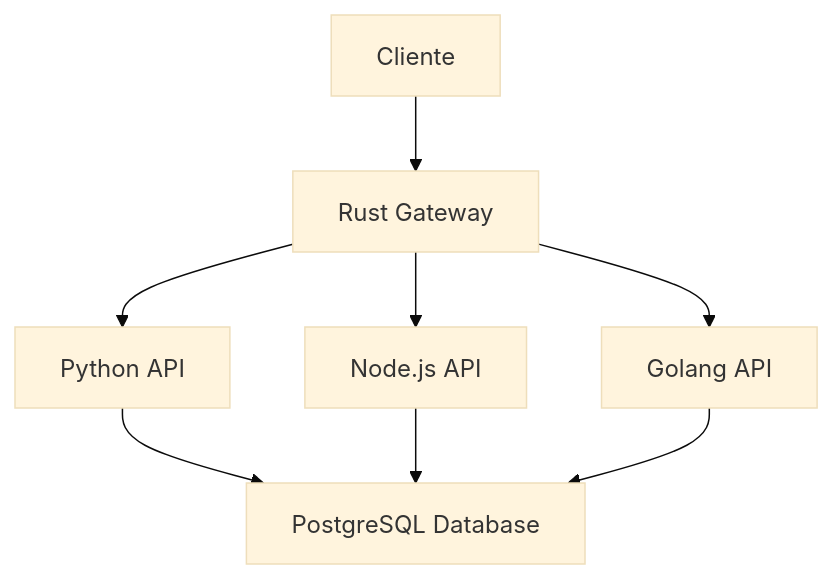
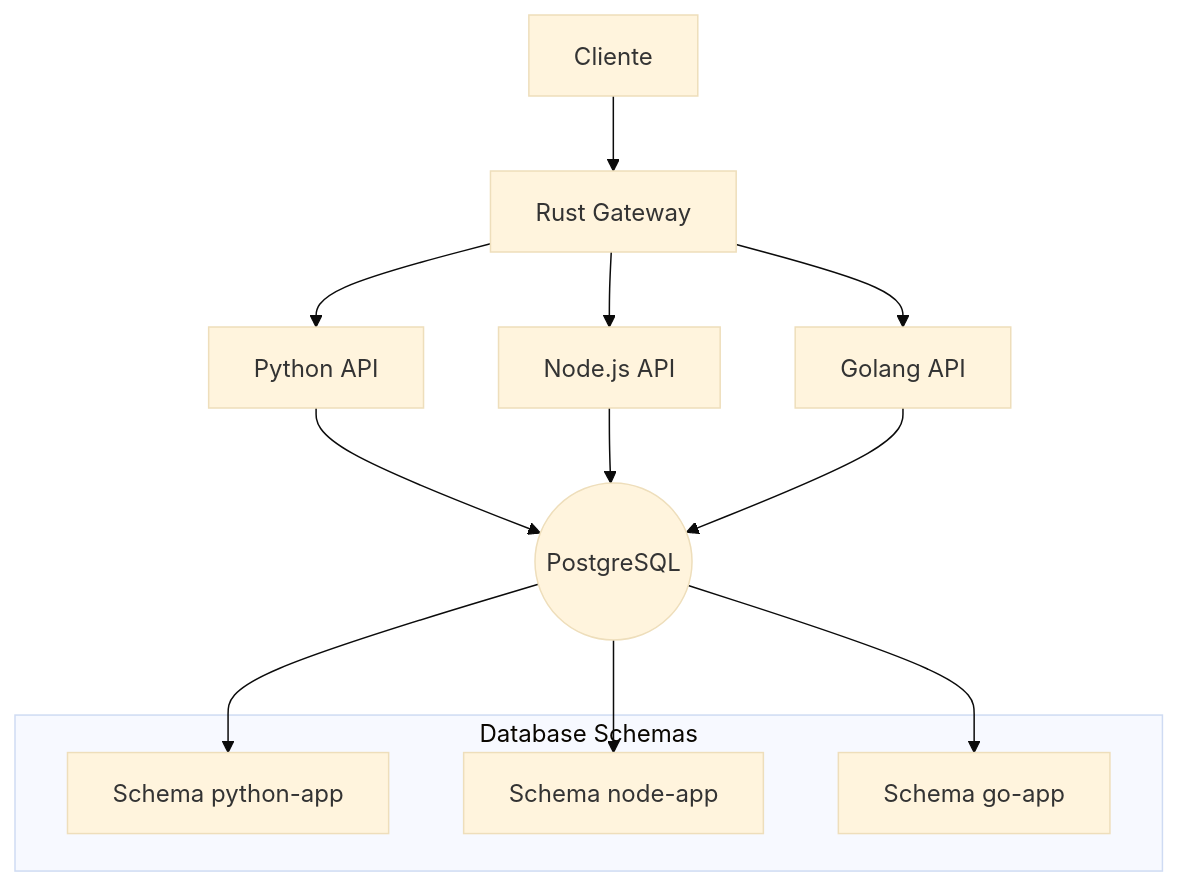
One commit to MrcSanto/multiapi-gateway-demo changed the diagram in README.md. Above: the diagram before and after it, drawn with Mermaid (base theme). The commit also changed 6 other files, not shown here.

Commit message:
feat(schema db): adicionado schema especifico para a api em go -- e para o restante tb

````diff
--- a/README.md
+++ b/README.md
@@ -7,12 +7,22 @@
 ```mermaid
 graph TD
     A[Cliente] --> B[Rust Gateway]
     B --> C[Python API]
-    C --> F[PostgreSQL Database]
+    B --> D[Node.js API]
+    B --> E[Golang API]
 
-    B --> D[Node.js API]
-    D --> F[PostgreSQL Database]
+    C --> F((PostgreSQL))
+    D --> F
+    E --> F
 
-    B --> E[Golang API]
-    E --> F[PostgreSQL Database]
+    %% Subgraph destacando que são partes do banco
+    subgraph DB[Database Schemas]
+        G[Schema python-app]
+        H[Schema node-app]
+        I[Schema go-app]
+    end
+
+    F --> G
+    F --> H
+    F --> I
 ```
````
